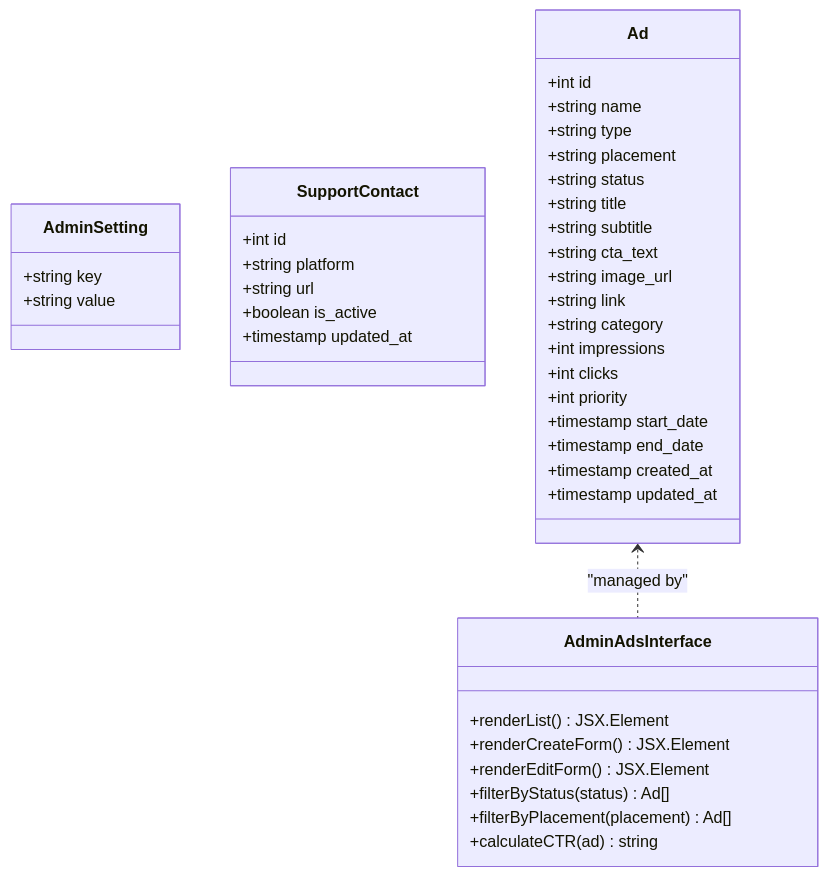
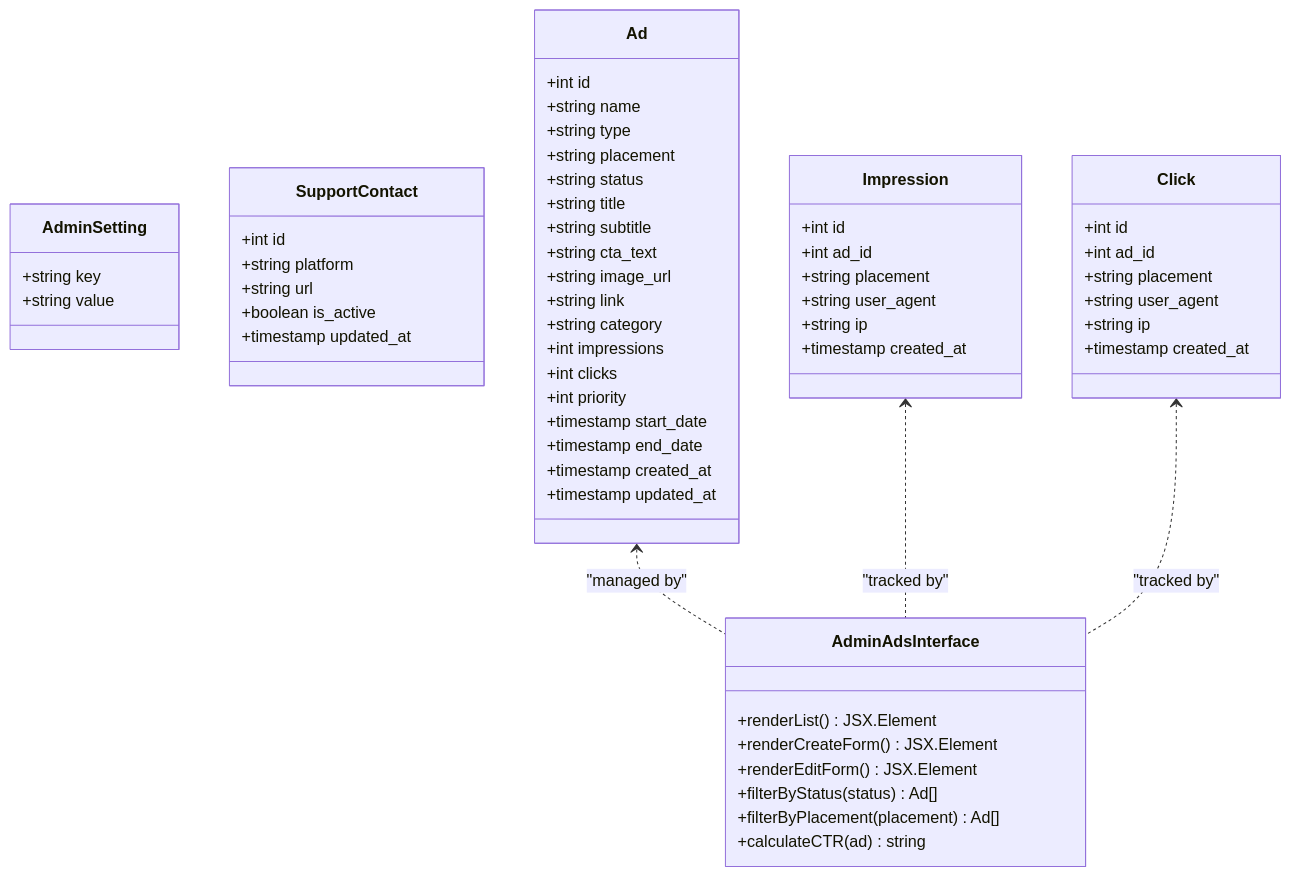
One commit to eromedrive2tb-gif/Avitrine changed the eighth of 9 diagrams in .qoder/repowiki/en/content/Database Design/Database Schema Overview.md. Above: the diagram before and after it, drawn with Mermaid. The commit also changed other lines of this file and 18 other files, not shown here.

````diff
--- a/.qoder/repowiki/en/content/Database Design/Database Schema Overview.md
+++ b/.qoder/repowiki/en/content/Database Design/Database Schema Overview.md
@@ -668,43 +725,61 @@
 ```mermaid
 classDiagram
 class AdminSetting {
 +string key
 +string value
 }
 class SupportContact {
 +int id
 +string platform
 +string url
 +boolean is_active
 +timestamp updated_at
 }
 class Ad {
 +int id
 +string name
 +string type
 +string placement
 +string status
 +string title
 +string subtitle
 +string cta_text
 +string image_url
 +string link
 +string category
 +int impressions
 +int clicks
 +int priority
 +timestamp start_date
 +timestamp end_date
 +timestamp created_at
 +timestamp updated_at
 }
+class Impression {
++int id
++int ad_id
++string placement
++string user_agent
++string ip
++timestamp created_at
+}
+class Click {
++int id
++int ad_id
++string placement
++string user_agent
++string ip
++timestamp created_at
+}
 class AdminAdsInterface {
 +renderList() JSX.Element
 +renderCreateForm() JSX.Element
 +renderEditForm() JSX.Element
 +filterByStatus(status) Ad[]
 +filterByPlacement(placement) Ad[]
 +calculateCTR(ad) string
 }
 Ad <.. AdminAdsInterface : "managed by"
+Impression <.. AdminAdsInterface : "tracked by"
+Click <.. AdminAdsInterface : "tracked by"
 ```
````
